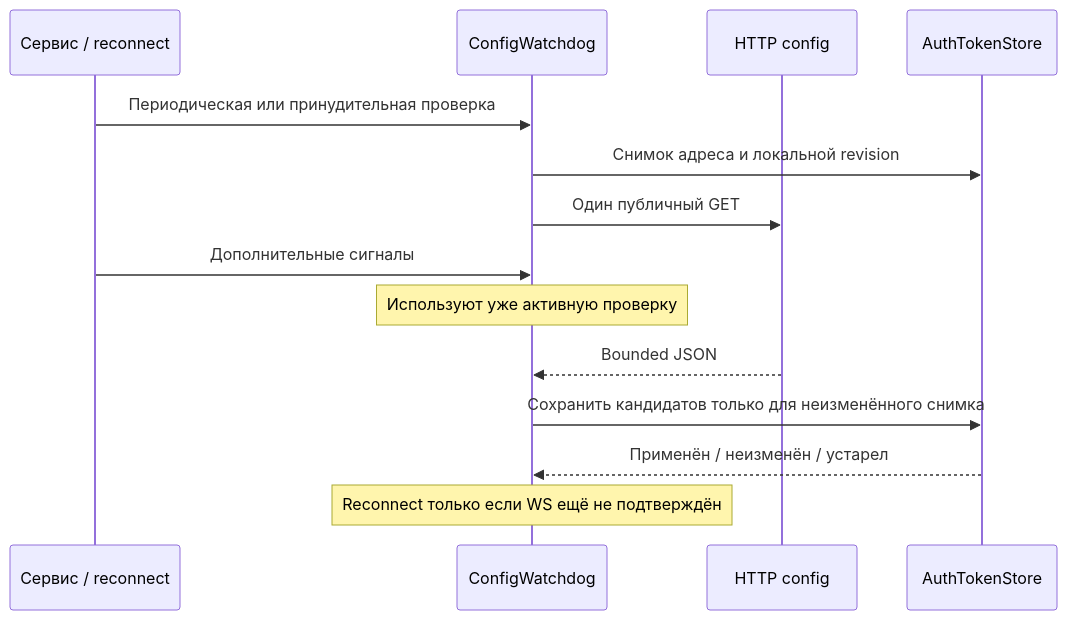
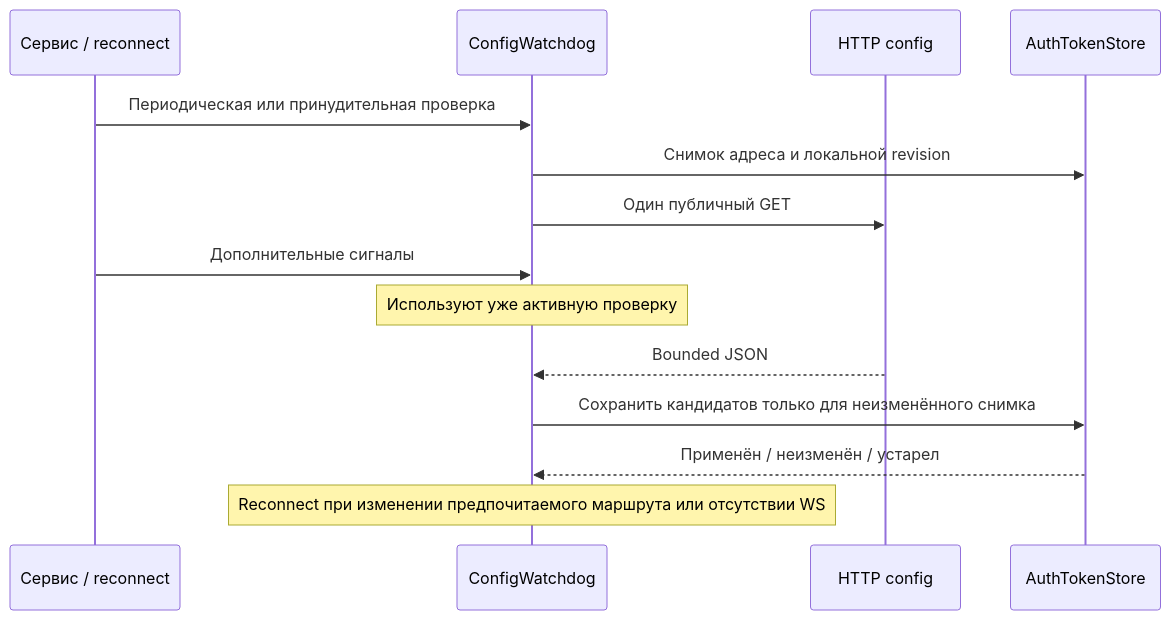
One commit to RootOne1337/sphere-platform changed the diagram in docs/architecture/ANDROID-DISCOVERY-RECOVERY.md. Above: the diagram before and after it, drawn with Mermaid. The commit also changed other lines of this file and 54 other files, not shown here.

````diff
--- a/docs/architecture/ANDROID-DISCOVERY-RECOVERY.md
+++ b/docs/architecture/ANDROID-DISCOVERY-RECOVERY.md
@@ -76,16 +78,16 @@
 ```mermaid
 sequenceDiagram
     participant S as Сервис / reconnect
     participant W as ConfigWatchdog
     participant H as HTTP config
     participant P as AuthTokenStore
     S->>W: Периодическая или принудительная проверка
     W->>P: Снимок адреса и локальной revision
     W->>H: Один публичный GET
     S->>W: Дополнительные сигналы
     Note over W: Используют уже активную проверку
     H-->>W: Bounded JSON
     W->>P: Сохранить кандидатов только для неизменённого снимка
     P-->>W: Применён / неизменён / устарел
-    Note over W: Reconnect только если WS ещё не подтверждён
+    Note over W: Reconnect при изменении предпочитаемого маршрута или отсутствии WS
 ```
````
